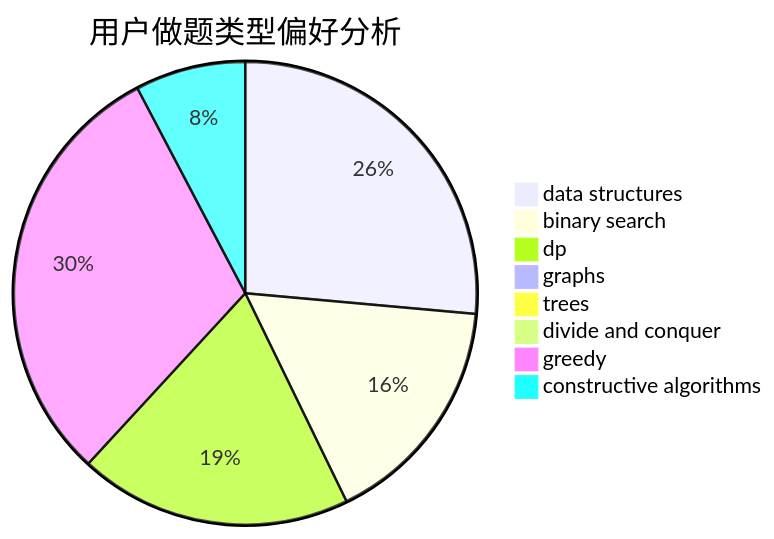
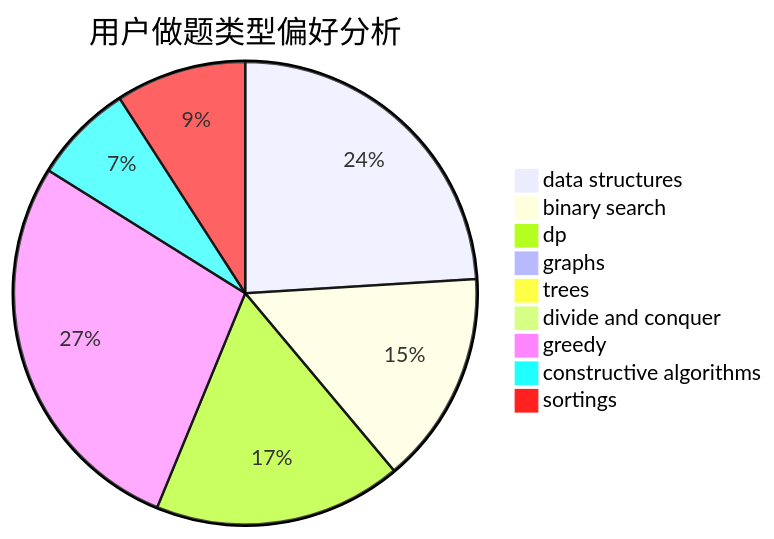
Before and after one commit to sherpahu/cfrs.github.io: the second of 3 diagrams in docs/user/u322.md, drawn with Mermaid. The commit also changed other lines of this file and 2769 other files, not shown here.

````diff
--- a/docs/user/u322.md
+++ b/docs/user/u322.md
@@ -23,11 +18,12 @@
 ```mermaid
 pie title 用户做题类型偏好分析
     "data structures" :  638
     "binary search" :  395
     "dp" :  460
     "graphs" :  4
     "trees" :  11
     "divide and conquer" :  9
     "greedy" :  735
     "constructive algorithms" :  186
+    "sortings" :  242
 ```
````
